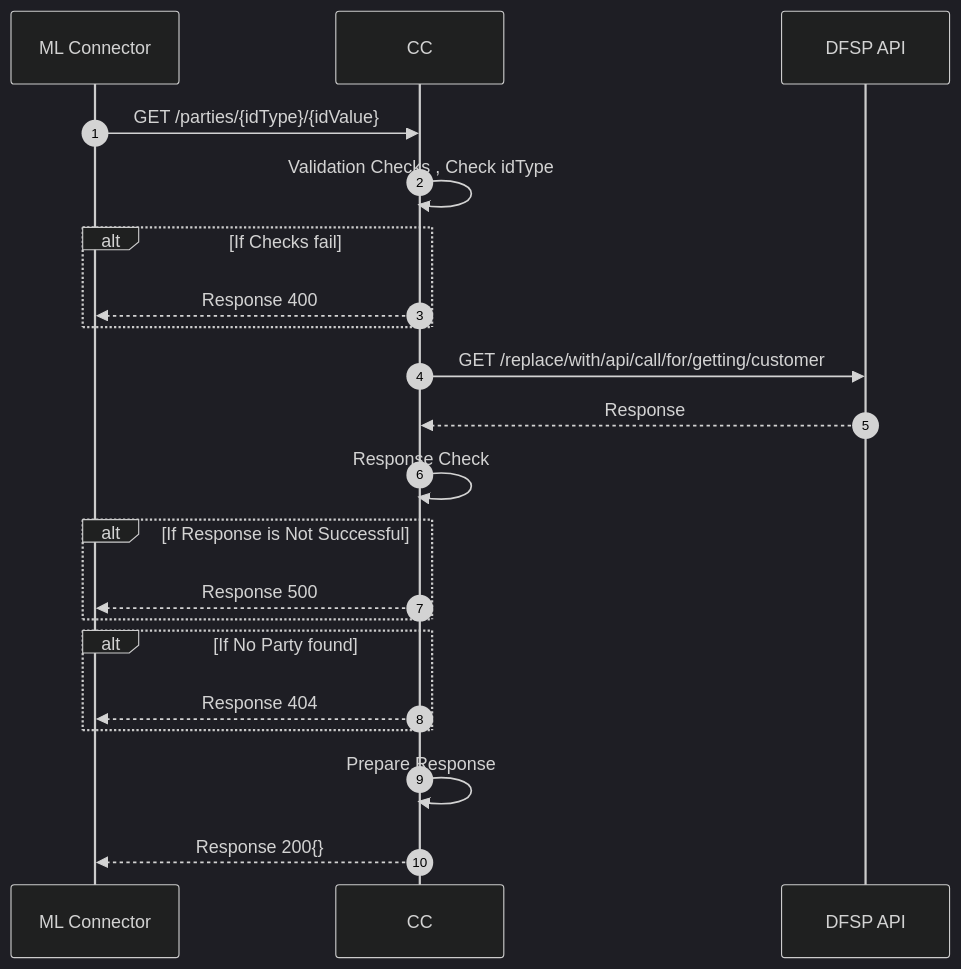
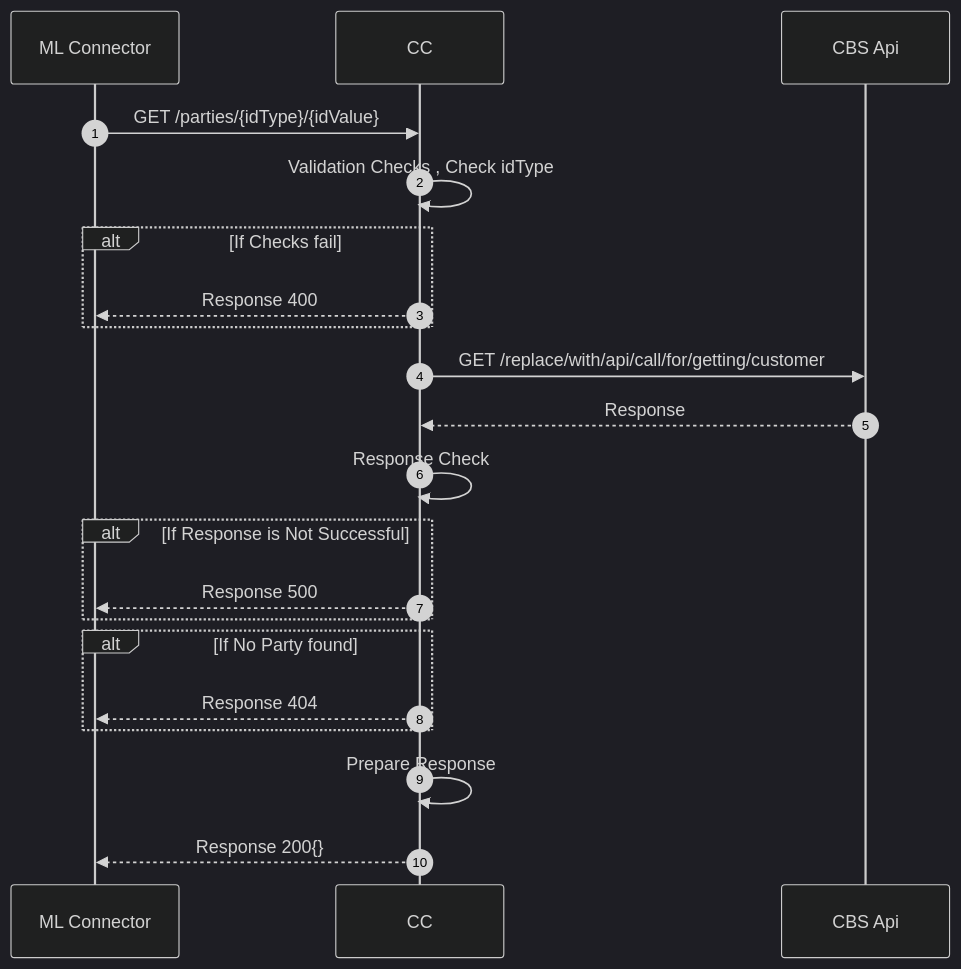
The diagram in core-connector-template/docs/payee-get-parties.md (mojaloop/ml-reference-connectors), drawn with Mermaid (dark theme) before and after one commit. The commit also changed 5 other files, not shown here.

Commit message:
docs: refined template sequence diagrams and documentation

````diff
--- a/core-connector-template/docs/payee-get-parties.md
+++ b/core-connector-template/docs/payee-get-parties.md
@@ -3,20 +3,20 @@
 ```mermaid
 sequenceDiagram
   autonumber
   ML Connector->>CC: GET /parties/{idType}/{idValue}
   CC->>CC:Validation Checks , Check idType
   Alt If Checks fail
   CC-->>ML Connector: Response 400
   End
-  CC->>DFSP API:GET /replace/with/api/call/for/getting/customer 
-  DFSP API-->>CC: Response
+  CC->>CBS Api:GET /replace/with/api/call/for/getting/customer 
+  CBS Api-->>CC: Response
   CC->>CC:Response Check
   Alt If Response is Not Successful
   CC-->>ML Connector: Response 500
   End
   Alt If No Party found
   CC-->>ML Connector: Response 404
   End
   CC->>CC: Prepare Response
   CC-->>ML Connector: Response 200{}
 ```
````
